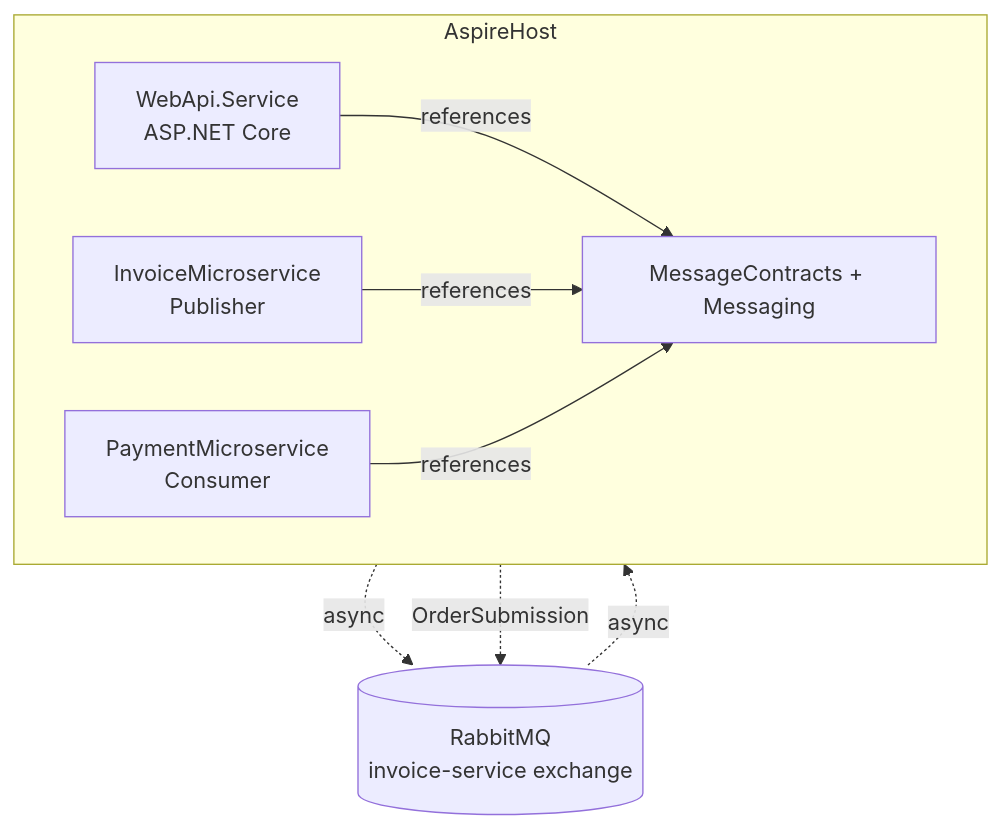
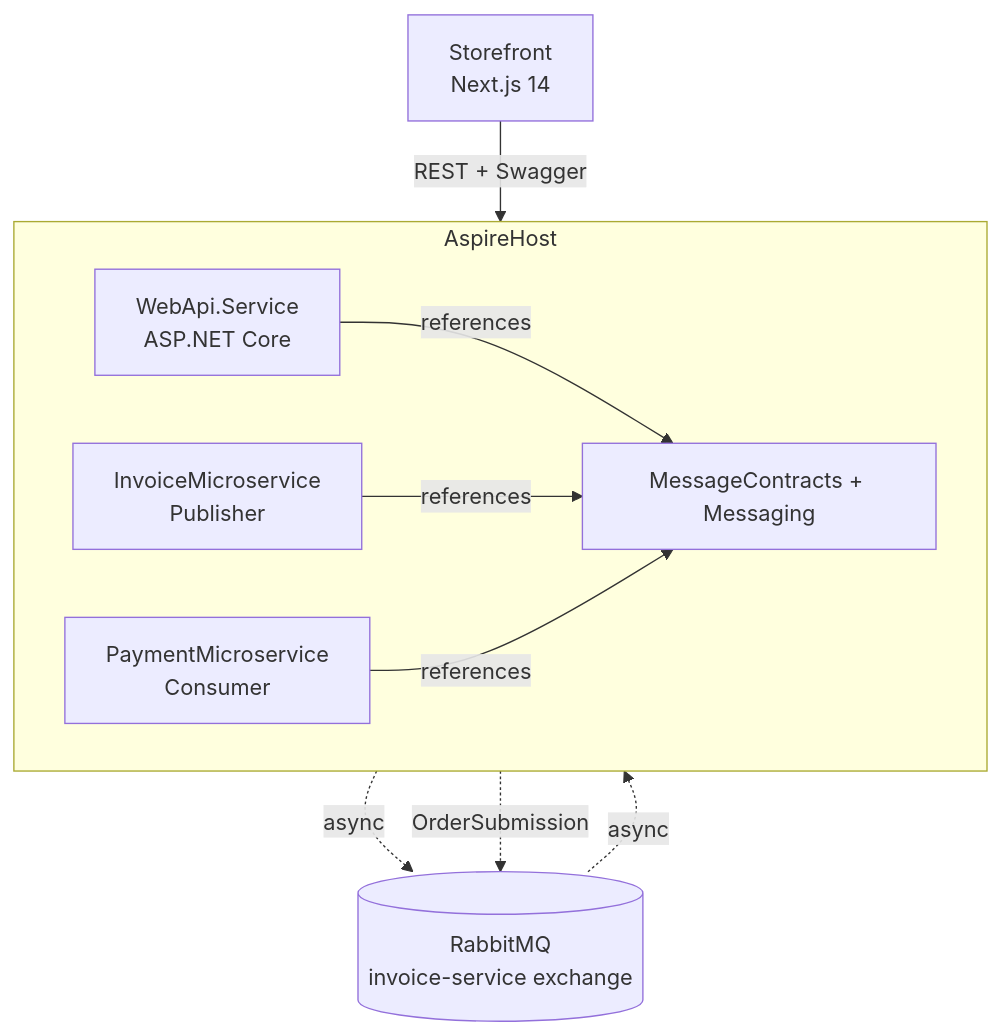
The third of 3 diagrams in README.md (DragceSU/AspireProject), drawn with Mermaid before and after one commit. The commit also changed other lines of this file, not shown here.

````diff
--- a/README.md
+++ b/README.md
@@ -63,18 +69,20 @@
 ```mermaid
 flowchart TB
     subgraph AspireHost
         direction LR
         api[WebApi.Service<br/>ASP.NET Core]
         shared[MessageContracts + Messaging]
         invoice[InvoiceMicroservice<br/>Publisher]
         payment[PaymentMicroservice<br/>Consumer]
     end
     bus[(RabbitMQ<br/>invoice-service exchange)]
+    webapp[Storefront<br/>Next.js 14]
 
+    webapp -- REST + Swagger --> api
     api -- references --> shared
     invoice -- references --> shared
     payment -- references --> shared
     invoice -. async .-> bus
     bus -. async .-> payment
     api -. OrderSubmission .-> bus
 ```
````
